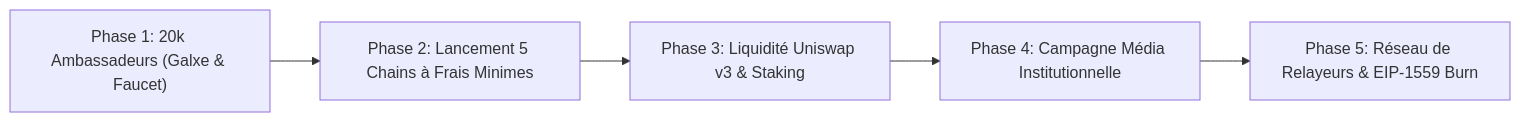
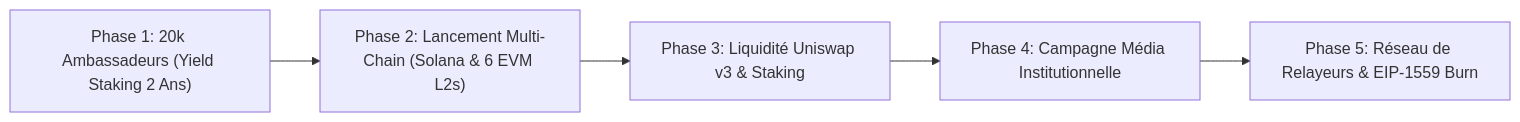
One commit to blocfund66-cyber/Labyrinth-Protocol changed the diagram in cahier_de_strategie.md. Above: the diagram before and after it, drawn with Mermaid. The commit also changed other lines of this file and 2 other files, not shown here.

Commit message:
feat(multichain): Add Avalanche C-Chain to 7 low-fee multi-chain suite across config.js, PioneerQuests, and strategy notebook

````diff
--- a/cahier_de_strategie.md
+++ b/cahier_de_strategie.md
@@ -13,7 +13,7 @@
 ```mermaid
 graph LR
-    A["Phase 1: 20k Ambassadeurs (Galxe & Faucet)"] --> B["Phase 2: Lancement 5 Chains à Frais Minimes"]
+    A["Phase 1: 20k Ambassadeurs (Yield Staking 2 Ans)"] --> B["Phase 2: Lancement Multi-Chain (Solana & 6 EVM L2s)"]
     B --> C["Phase 3: Liquidité Uniswap v3 & Staking"]
     C --> D["Phase 4: Campagne Média Institutionnelle"]
     D --> E["Phase 5: Réseau de Relayeurs & EIP-1559 Burn"]
 ```
````
